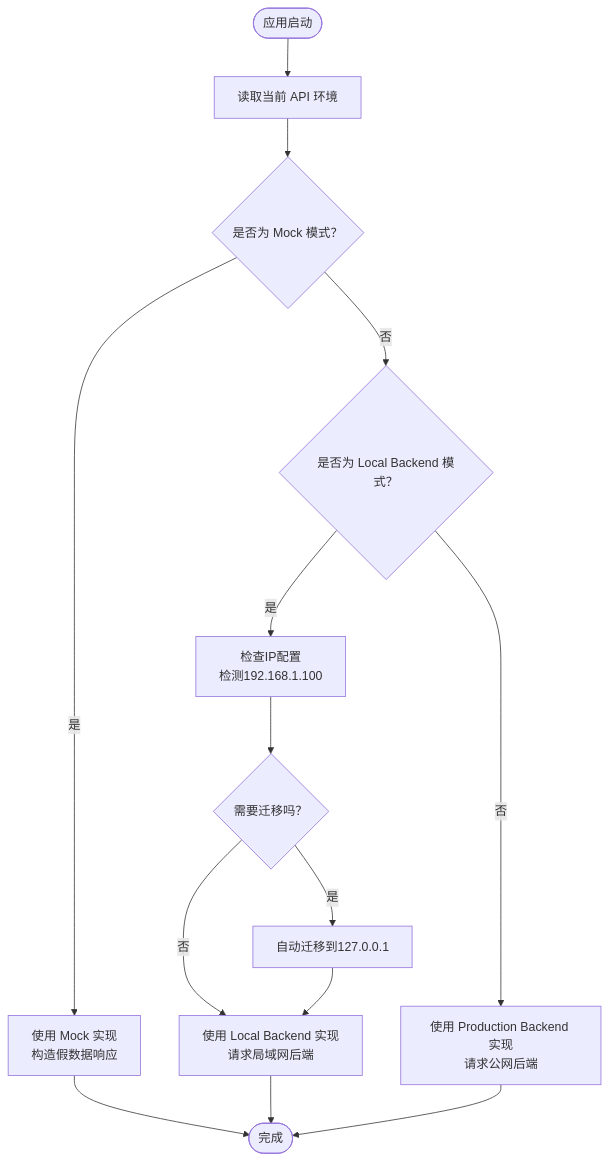
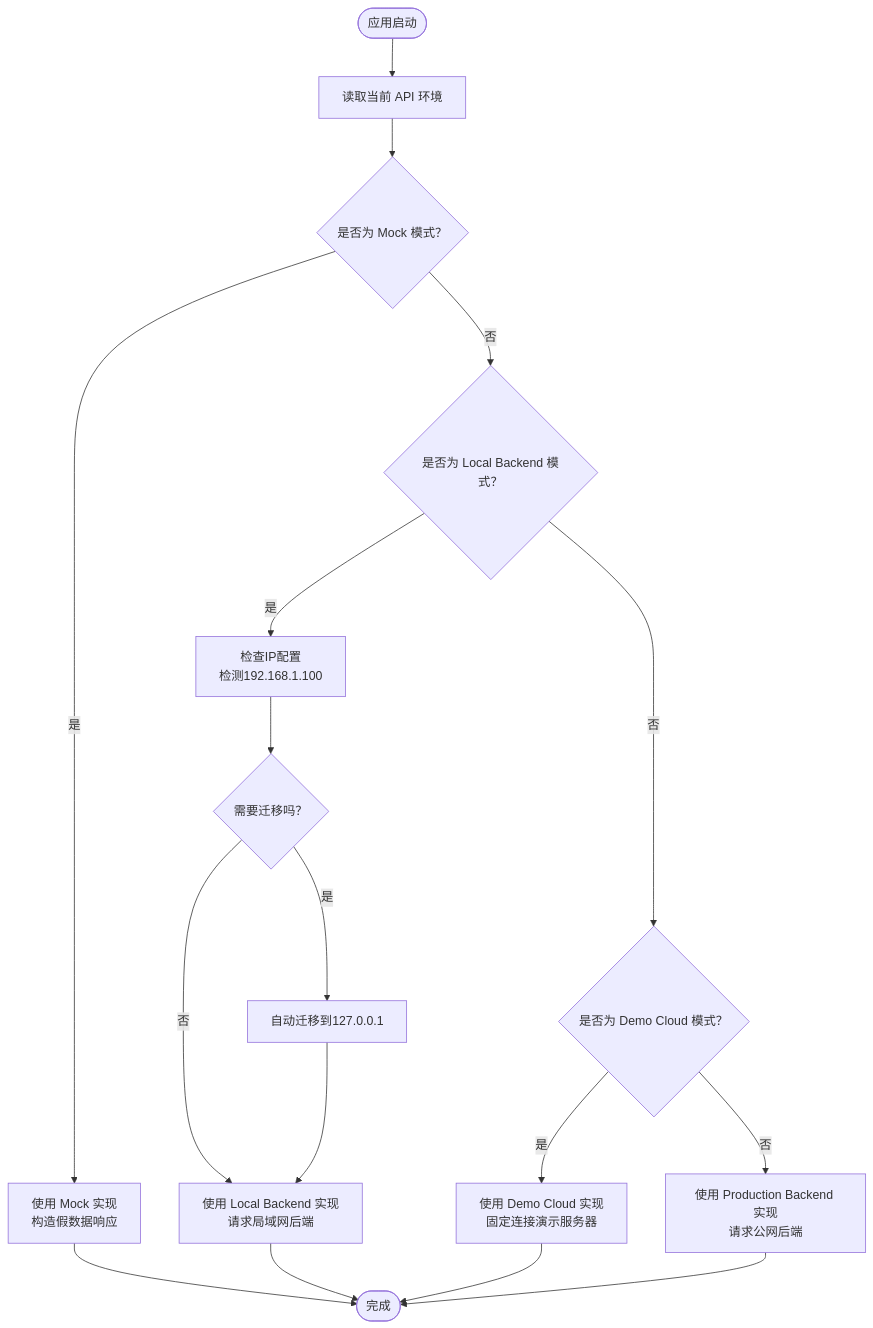
One commit to Jayden23018/blind-run-ios changed the fourth of 8 diagrams in .qoder/repowiki/zh/content/配置与部署/环境配置.md. Above: the diagram before and after it, drawn with Mermaid. The commit also changed other lines of this file and 20 other files, not shown here.

Commit message:
Implement demo and production iOS build channel strategy

````diff
--- a/.qoder/repowiki/zh/content/配置与部署/环境配置.md
+++ b/.qoder/repowiki/zh/content/配置与部署/环境配置.md
@@ -163,16 +275,19 @@
 ```mermaid
 flowchart TD
 Start(["应用启动"]) --> CheckEnv["读取当前 API 环境"]
 CheckEnv --> IsMock{"是否为 Mock 模式？"}
 IsMock --> |是| UseMock["使用 Mock 实现<br/>构造假数据响应"]
 IsMock --> |否| IsLocal{"是否为 Local Backend 模式？"}
 IsLocal --> |是| CheckIP["检查IP配置<br/>检测192.168.1.100"]
 CheckIP --> MigrateIP{"需要迁移吗？"}
 MigrateIP --> |是| AutoMigrate["自动迁移到127.0.0.1"]
 MigrateIP --> |否| UseLocal["使用 Local Backend 实现<br/>请求局域网后端"]
 AutoMigrate --> UseLocal
-IsLocal --> |否| UseProd["使用 Production Backend 实现<br/>请求公网后端"]
+IsLocal --> |否| IsDemo{"是否为 Demo Cloud 模式？"}
+IsDemo --> |是| UseDemo["使用 Demo Cloud 实现<br/>固定连接演示服务器"]
+IsDemo --> |否| UseProd["使用 Production Backend 实现<br/>请求公网后端"]
 UseMock --> End(["完成"])
 UseLocal --> End
+UseDemo --> End
 UseProd --> End
 ```
````
